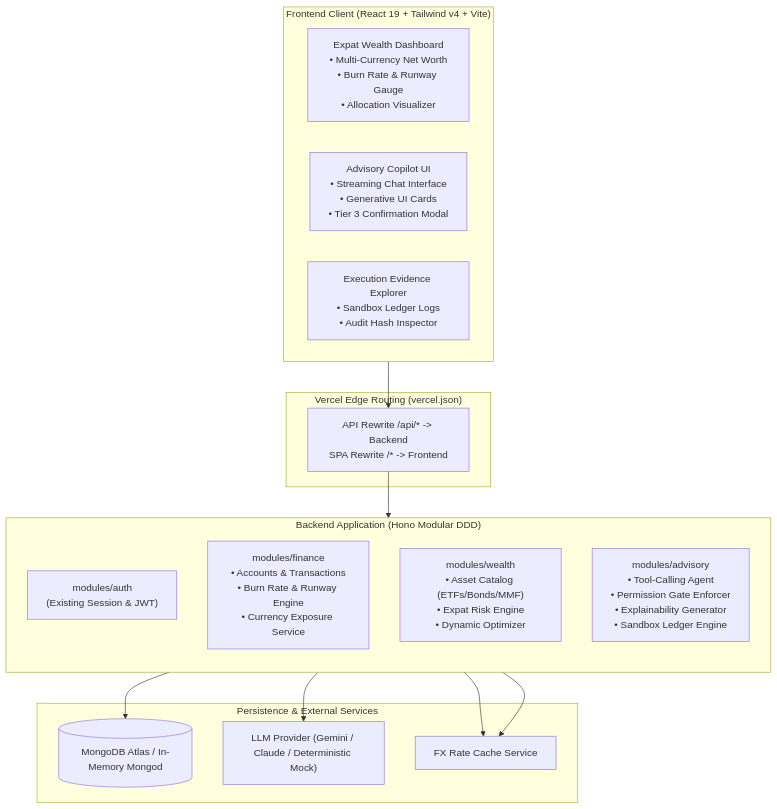
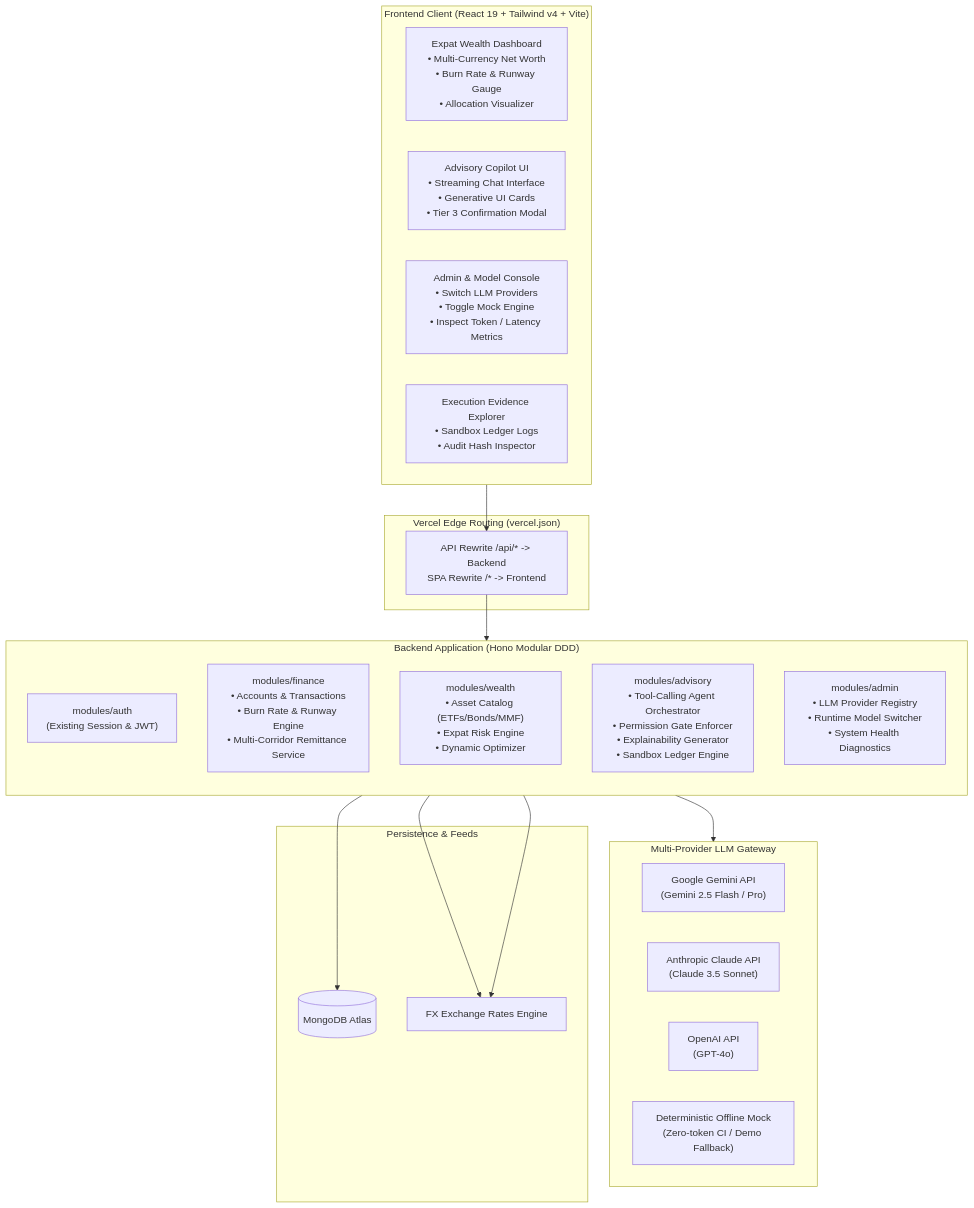
The first of 3 diagrams in IMPLEMENTATION_PLAN.md (Nikhil-Mundhra/Wealth-Advisor), drawn with Mermaid before and after one commit. The commit also changed other lines of this file, not shown here.

Commit message:
docs: enrich implementation plan with multi-provider admin console, sitemap, and Elena demo persona

````diff
--- a/IMPLEMENTATION_PLAN.md
+++ b/IMPLEMENTATION_PLAN.md
@@ -63,33 +63,42 @@
 ```mermaid
 flowchart TB
     subgraph Client["Frontend Client (React 19 + Tailwind v4 + Vite)"]
         Dashboard["Expat Wealth Dashboard\n• Multi-Currency Net Worth\n• Burn Rate & Runway Gauge\n• Allocation Visualizer"]
         Copilot["Advisory Copilot UI\n• Streaming Chat Interface\n• Generative UI Cards\n• Tier 3 Confirmation Modal"]
+        AdminUI["Admin & Model Console\n• Switch LLM Providers\n• Toggle Mock Engine\n• Inspect Token / Latency Metrics"]
         Evidence["Execution Evidence Explorer\n• Sandbox Ledger Logs\n• Audit Hash Inspector"]
     end
 
     subgraph Edge["Vercel Edge Routing (vercel.json)"]
         EdgeRoute["API Rewrite /api/* -> Backend\nSPA Rewrite /* -> Frontend"]
     end
 
     subgraph Backend["Backend Application (Hono Modular DDD)"]
         direction TB
         AuthMod["modules/auth\n(Existing Session & JWT)"]
-        FinanceMod["modules/finance\n• Accounts & Transactions\n• Burn Rate & Runway Engine\n• Currency Exposure Service"]
+        FinanceMod["modules/finance\n• Accounts & Transactions\n• Burn Rate & Runway Engine\n• Multi-Corridor Remittance Service"]
         WealthMod["modules/wealth\n• Asset Catalog (ETFs/Bonds/MMF)\n• Expat Risk Engine\n• Dynamic Optimizer"]
-        AdvisMod["modules/advisory\n• Tool-Calling Agent\n• Permission Gate Enforcer\n• Explainability Generator\n• Sandbox Ledger Engine"]
+        AdvisMod["modules/advisory\n• Tool-Calling Agent Orchestrator\n• Permission Gate Enforcer\n• Explainability Generator\n• Sandbox Ledger Engine"]
+        AdminMod["modules/admin\n• LLM Provider Registry\n• Runtime Model Switcher\n• System Health Diagnostics"]
     end
 
-    subgraph Data["Persistence & External Services"]
-        Mongo[(MongoDB Atlas / In-Memory Mongod)]
-        LLM["LLM Provider (Gemini / Claude / Deterministic Mock)"]
-        FX["FX Rate Cache Service"]
+    subgraph LLMProviders["Multi-Provider LLM Gateway"]
+        direction LR
+        Gemini["Google Gemini API\n(Gemini 2.5 Flash / Pro)"]
+        Claude["Anthropic Claude API\n(Claude 3.5 Sonnet)"]
+        OpenAI["OpenAI API\n(GPT-4o)"]
+        MockLLM["Deterministic Offline Mock\n(Zero-token CI / Demo Fallback)"]
+    end
+
+    subgraph Data["Persistence & Feeds"]
+        Mongo[(MongoDB Atlas)]
+        FX["FX Exchange Rates Engine"]
     end
 
     Client --> EdgeRoute
     EdgeRoute --> Backend
     Backend --> Mongo
-    AdvisMod --> LLM
+    AdvisMod --> LLMProviders
     FinanceMod --> FX
     WealthMod --> FX
 ```
````
